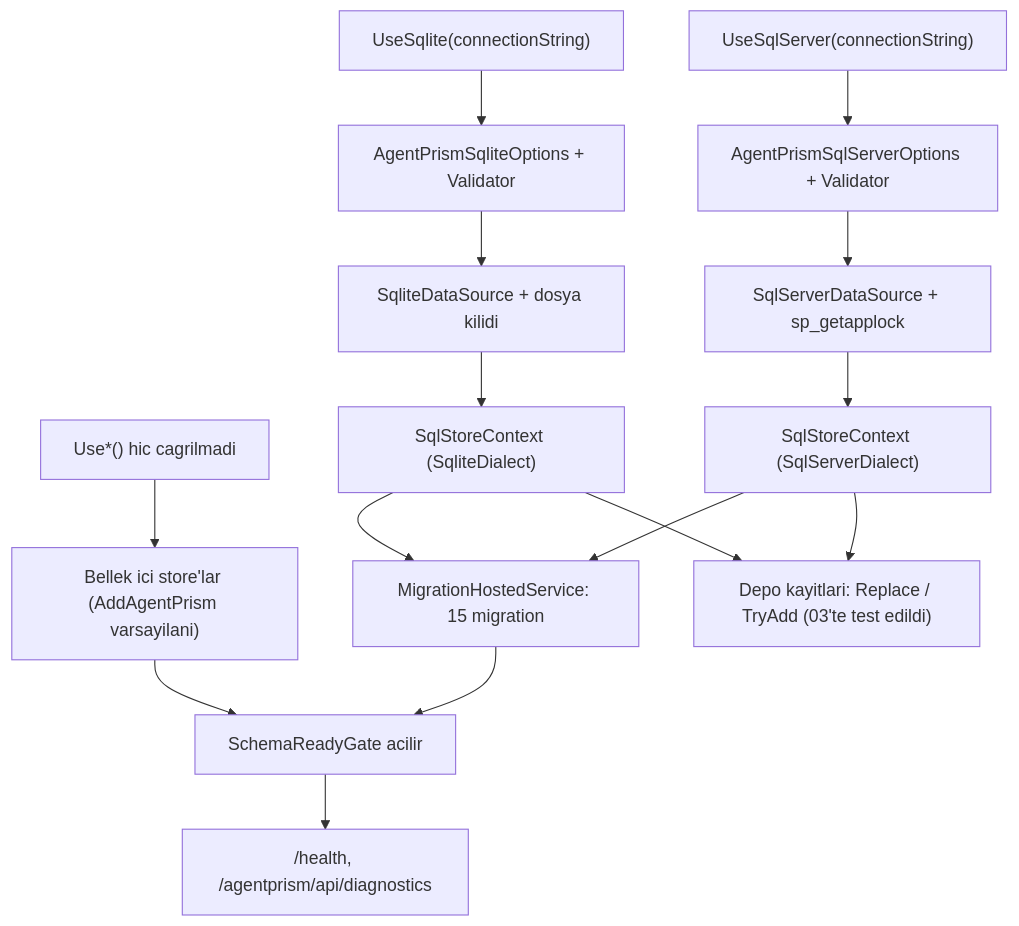
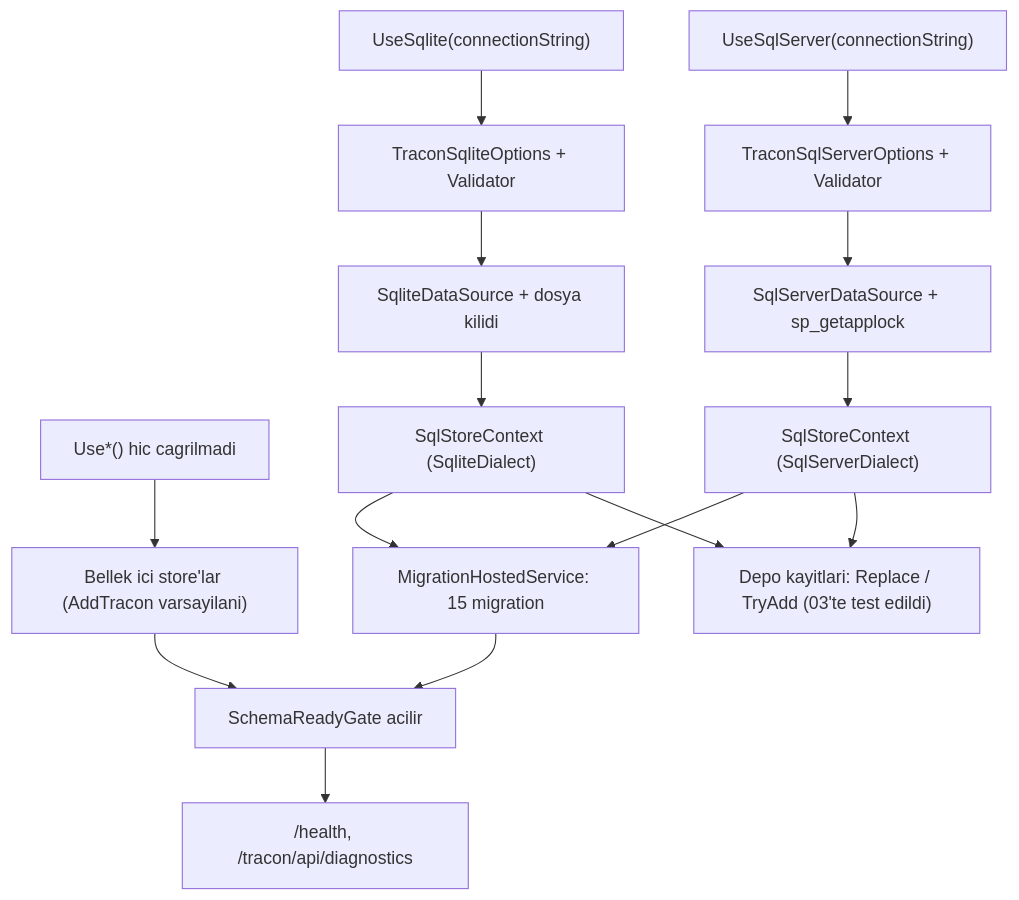
Before and after one commit to farukatasoy/Tracon: the diagram in docs/manuel-test/04-KALICILIK-DIGER.md, drawn with Mermaid. The commit also changed other lines of this file and 4535 other files, not shown here.

````diff
--- a/docs/manuel-test/04-KALICILIK-DIGER.md
+++ b/docs/manuel-test/04-KALICILIK-DIGER.md
@@ -43,17 +43,17 @@
 ```mermaid
 flowchart TD
-    A["Use*() hic cagrilmadi"] --> B["Bellek ici store'lar (AddAgentPrism varsayilani)"]
-    C["UseSqlite(connectionString)"] --> D["AgentPrismSqliteOptions + Validator"]
-    E["UseSqlServer(connectionString)"] --> F["AgentPrismSqlServerOptions + Validator"]
+    A["Use*() hic cagrilmadi"] --> B["Bellek ici store'lar (AddTracon varsayilani)"]
+    C["UseSqlite(connectionString)"] --> D["TraconSqliteOptions + Validator"]
+    E["UseSqlServer(connectionString)"] --> F["TraconSqlServerOptions + Validator"]
     D --> G["SqliteDataSource + dosya kilidi"]
     F --> H["SqlServerDataSource + sp_getapplock"]
     G --> I["SqlStoreContext (SqliteDialect)"]
     H --> J["SqlStoreContext (SqlServerDialect)"]
     I --> K["MigrationHostedService: 15 migration"]
     J --> K
     K --> L["SchemaReadyGate acilir"]
     B --> L
     I --> M["Depo kayitlari: Replace / TryAdd (03'te test edildi)"]
     J --> M
-    L --> N["/health, /agentprism/api/diagnostics"]
+    L --> N["/health, /tracon/api/diagnostics"]
 ```
````
